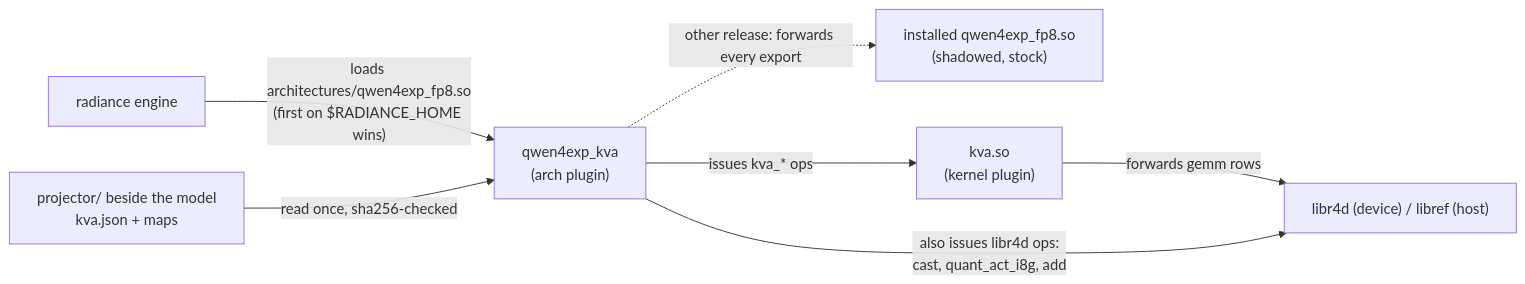
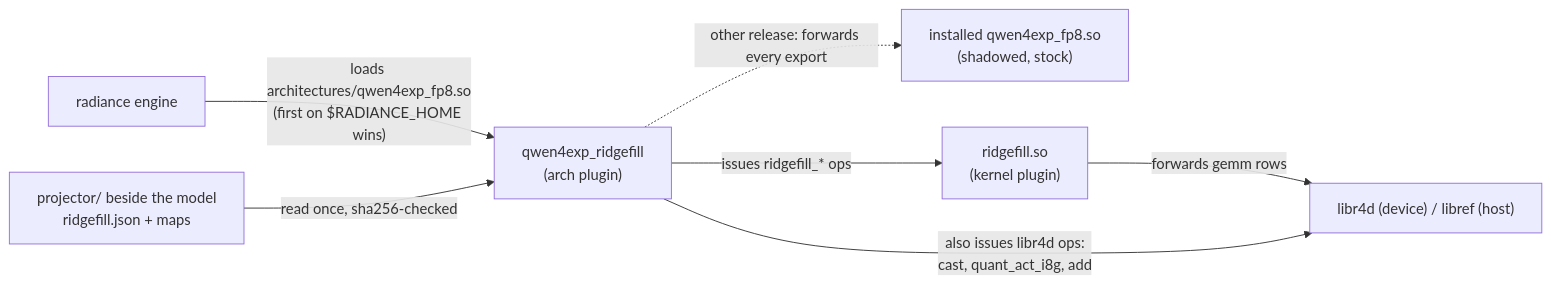
The first of 3 diagrams in docs/HOW-IT-WORKS.md (Approximate-Science/radiance-ridgefill), drawn with Mermaid before and after one commit. The commit also changed other lines of this file and 159 other files, not shown here.

````diff
--- a/docs/HOW-IT-WORKS.md
+++ b/docs/HOW-IT-WORKS.md
@@ -37,9 +37,9 @@
 ```mermaid
 flowchart LR
-  E["radiance engine"] -->|"loads architectures/qwen4exp_fp8.so<br/>(first on $RADIANCE_HOME wins)"| A["qwen4exp_kva<br/>(arch plugin)"]
+  E["radiance engine"] -->|"loads architectures/qwen4exp_fp8.so<br/>(first on $RADIANCE_HOME wins)"| A["qwen4exp_ridgefill<br/>(arch plugin)"]
   A -.->|"other release: forwards every export"| S["installed qwen4exp_fp8.so<br/>(shadowed, stock)"]
-  A -->|"issues kva_* ops"| K["kva.so<br/>(kernel plugin)"]
+  A -->|"issues ridgefill_* ops"| K["ridgefill.so<br/>(kernel plugin)"]
   K -->|"forwards gemm rows"| R["libr4d (device) / libref (host)"]
   A -->|"also issues libr4d ops:<br/>cast, quant_act_i8g, add"| R
-  P["projector/ beside the model<br/>kva.json + maps"] -->|"read once, sha256-checked"| A
+  P["projector/ beside the model<br/>ridgefill.json + maps"] -->|"read once, sha256-checked"| A
 ```
````
